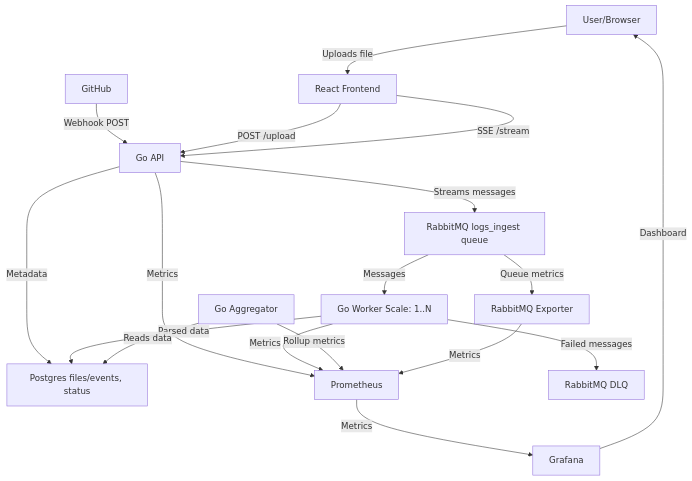
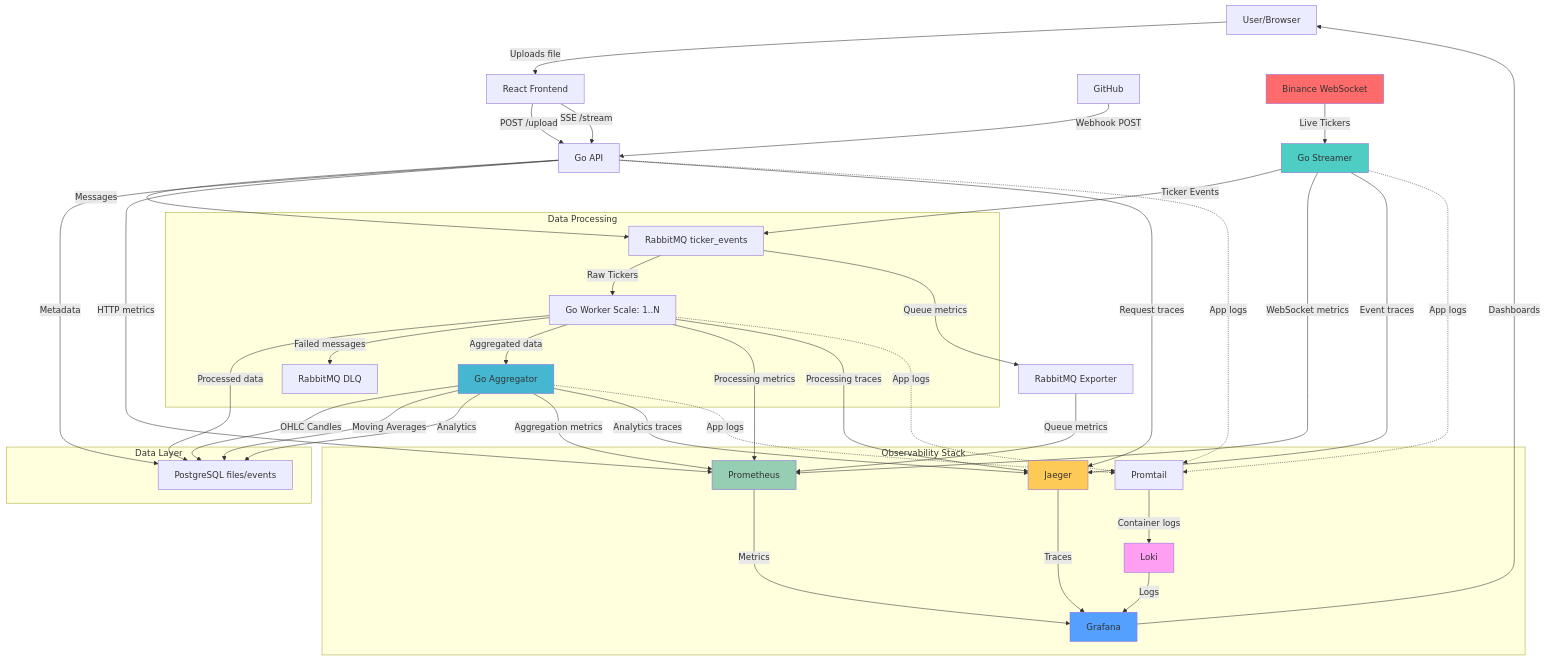
The diagram in README.md (daszybak/realtime-log-pipeline), drawn with Mermaid before and after one commit. The commit also changed other lines of this file and 24 other files, not shown here.

````diff
--- a/README.md
+++ b/README.md
@@ -9,25 +9,76 @@
 ```mermaid
 graph TD
     A["User/Browser"] -->|"Uploads file"| B["React Frontend"]
     L["GitHub"] -->|"Webhook POST"| C["Go API"]
+    EXT["Binance WebSocket"] -->|"Live Tickers"| ST["Go Streamer"]
     B -->|"POST /upload"| C
     B -->|"SSE /stream"| C
 
-    C -->|"Streams messages"| D["RabbitMQ logs_ingest queue"]
-    C -->|"Metadata"| E["Postgres files/events, status"]
-    C -->|"Metrics"| H["Prometheus"]
+    C -->|"Messages"| D["RabbitMQ ticker_events"]
+    ST -->|"Ticker Events"| D
+    C -->|"Metadata"| E["PostgreSQL files/events"]
 
-    D -->|"Messages"| F["Go Worker Scale: 1..N"]
+    D -->|"Raw Tickers"| F["Go Worker Scale: 1..N"]
     D -->|"Queue metrics"| J["RabbitMQ Exporter"]
 
-    F -->|"Parsed data"| E
+    F -->|"Processed data"| E
     F -->|"Failed messages"| G["RabbitMQ DLQ"]
-    F -->|"Metrics"| H
+    F -->|"Aggregated data"| AGG["Go Aggregator"]
 
-    I["Go Aggregator"] -->|"Rollup metrics"| H
-    I -->|"Reads data"| E
+    AGG -->|"OHLC Candles"| E
+    AGG -->|"Moving Averages"| E
+    AGG -->|"Analytics"| E
 
-    J -->|"Metrics"| H
-    H -->|"Metrics"| K["Grafana"]
-    K -->|"Dashboard"| A
+    subgraph "Observability Stack"
+        H["Prometheus"]
+        TR["Jaeger"]
+        LO["Loki"]
+        PT["Promtail"]
+        K["Grafana"]
+    end
+
+    subgraph "Data Processing"
+        D
+        F
+        G
+        AGG
+    end
+
+    subgraph "Data Layer"
+        E
+    end
+
+    %% Metrics Flow
+    C -->|"HTTP metrics"| H
+    ST -->|"WebSocket metrics"| H
+    F -->|"Processing metrics"| H
+    AGG -->|"Aggregation metrics"| H
+    J -->|"Queue metrics"| H
+
+    %% Tracing Flow
+    C -->|"Request traces"| TR
+    ST -->|"Event traces"| TR
+    F -->|"Processing traces"| TR
+    AGG -->|"Analytics traces"| TR
+
+    %% Logging Flow
+    PT -->|"Container logs"| LO
+    C -.->|"App logs"| PT
+    ST -.->|"App logs"| PT
+    F -.->|"App logs"| PT
+    AGG -.->|"App logs"| PT
+
+    %% Visualization
+    H -->|"Metrics"| K
+    TR -->|"Traces"| K
+    LO -->|"Logs"| K
+    K -->|"Dashboards"| A
+
+    style EXT fill:#ff6b6b
+    style ST fill:#4ecdc4
+    style AGG fill:#45b7d1
+    style H fill:#96ceb4
+    style TR fill:#feca57
+    style LO fill:#ff9ff3
+    style K fill:#54a0ff
 ```
````
